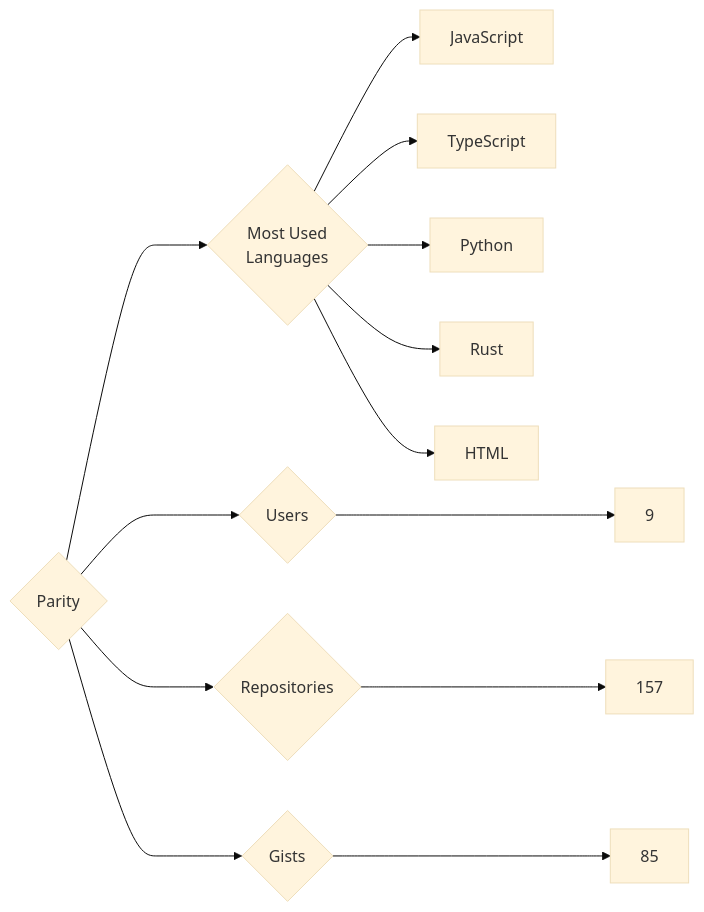
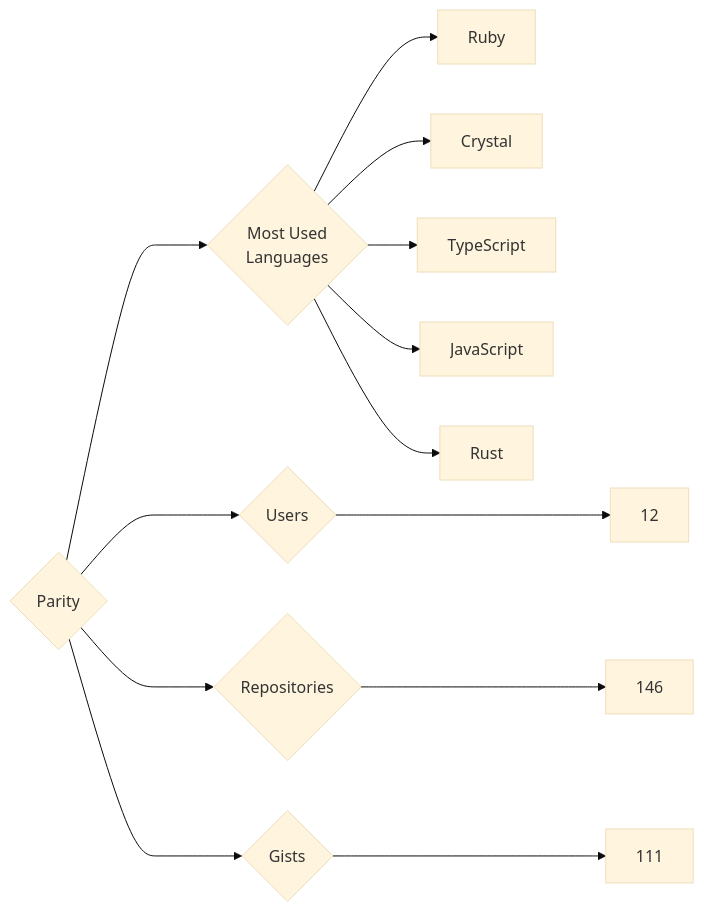
One commit to trickest/insiders changed the diagram in targets/Parity/README.md. Above: the diagram before and after it, drawn with Mermaid (base theme). The commit also changed 728 other files, not shown here.

````diff
--- a/targets/Parity/README.md
+++ b/targets/Parity/README.md
@@ -3,13 +3,13 @@
 ```mermaid
 graph LR
 COMPANY_NAME{Parity}
-COMPANY_NAME ---> U{Users} ---> UN[9]
-COMPANY_NAME ---> R{Repositories} ---> RN[157]
-COMPANY_NAME ---> G{Gists} ---> GN[85]
+COMPANY_NAME ---> U{Users} ---> UN[12]
+COMPANY_NAME ---> R{Repositories} ---> RN[146]
+COMPANY_NAME ---> G{Gists} ---> GN[111]
 COMPANY_NAME ---> ML{Most Used<br>Languages}
+ML --> Ruby[Ruby]
+ML --> Crystal[Crystal]
+ML --> TypeScript[TypeScript]
 ML --> JavaScript[JavaScript]
-ML --> TypeScript[TypeScript]
-ML --> Python[Python]
 ML --> Rust[Rust]
-ML --> HTML[HTML]
 ```
````
